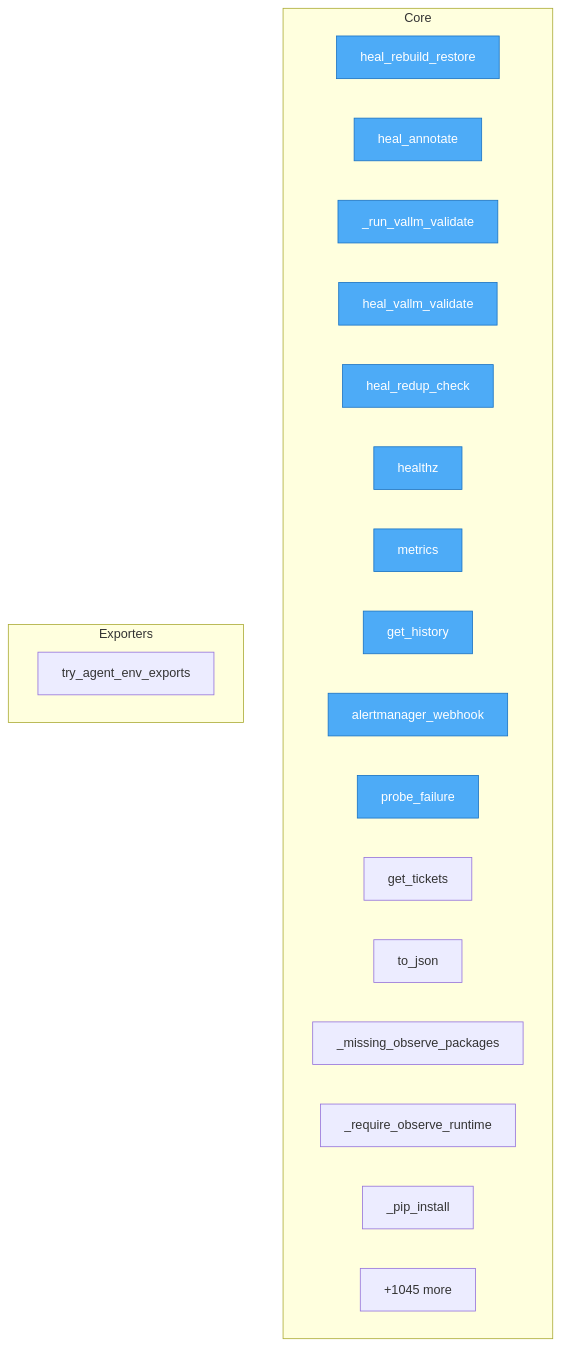
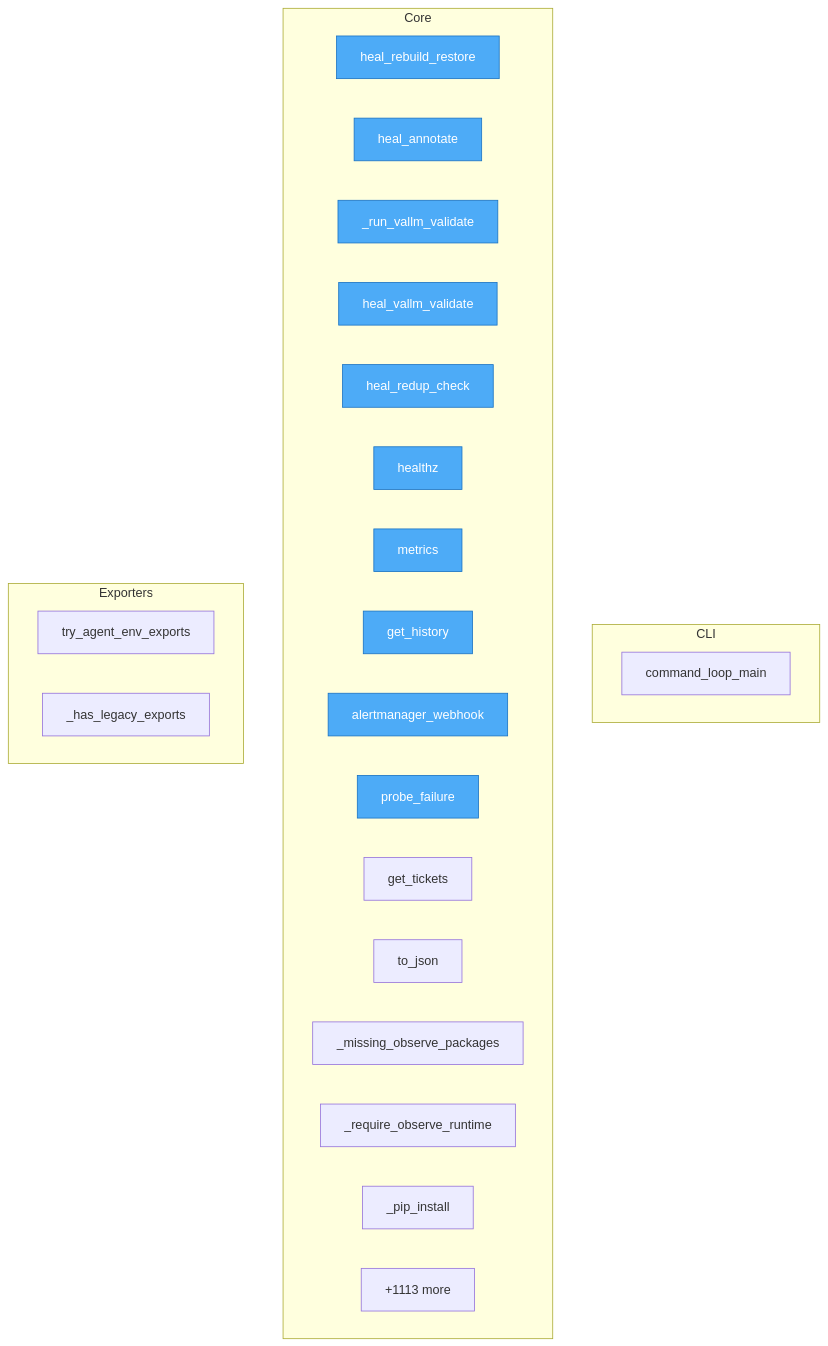
The diagram in project/flow.mmd (semcod/koru), drawn with Mermaid before and after one commit. The commit also changed 61 other files, not shown here.

```diff
--- a/project/flow.mmd
+++ b/project/flow.mmd
@@ -1,30 +1,35 @@
 flowchart TD
-%% generated in 0.14s
+%% generated in 0.08s
 
     %% Entry points (blue)
     classDef entry fill:#4dabf7,stroke:#1971c2,color:#fff
+
+    subgraph CLI
+        koru__cli_loop__command_loop_main["command_loop_main"]
+    end
 
     subgraph Core
         services__healing_webhook__app__heal_rebuild_restore["heal_rebuild_restore"]
         services__healing_webhook__app__heal_annotate["heal_annotate"]
         services__healing_webhook__app___run_vallm_validate["_run_vallm_validate"]
         services__healing_webhook__app__heal_vallm_validate["heal_vallm_validate"]
         services__healing_webhook__app__heal_redup_check["heal_redup_check"]
         services__healing_webhook__app__healthz["healthz"]
         services__healing_webhook__app__metrics["metrics"]
         services__healing_webhook__app__get_history["get_history"]
         services__healing_webhook__app__alertmanager_webhook["alertmanager_webhook"]
         services__healing_webhook__app__probe_failure["probe_failure"]
         services__healing_webhook__app__get_tickets["get_tickets"]
         src__koruobserve__lifecycle__ObserveProcesses__to_json["to_json"]
         src__koruobserve__cli___missing_observe_packages["_missing_observe_packages"]
         src__koruobserve__cli___require_observe_runtime["_require_observe_runtime"]
         src__koruobserve__cli___pip_install["_pip_install"]
-        ...["+1045 more"]
+        ...["+1113 more"]
     end
 
     subgraph Exporters
         src__koru__agent_cli_helpers__try_agent_env_exports["try_agent_env_exports"]
+        src__koru__cli___has_legacy_exports["_has_legacy_exports"]
     end
 
     class services__healing_webhook__app__heal_rebuild_restore,services__healing_webhook__app__heal_annotate,services__healing_webhook__app___run_vallm_validate,services__healing_webhook__app__heal_vallm_validate,services__healing_webhook__app__heal_redup_check,services__healing_webhook__app__healthz,services__healing_webhook__app__metrics,services__healing_webhook__app__get_history,services__healing_webhook__app__alertmanager_webhook,services__healing_webhook__app__probe_failure entry
```
